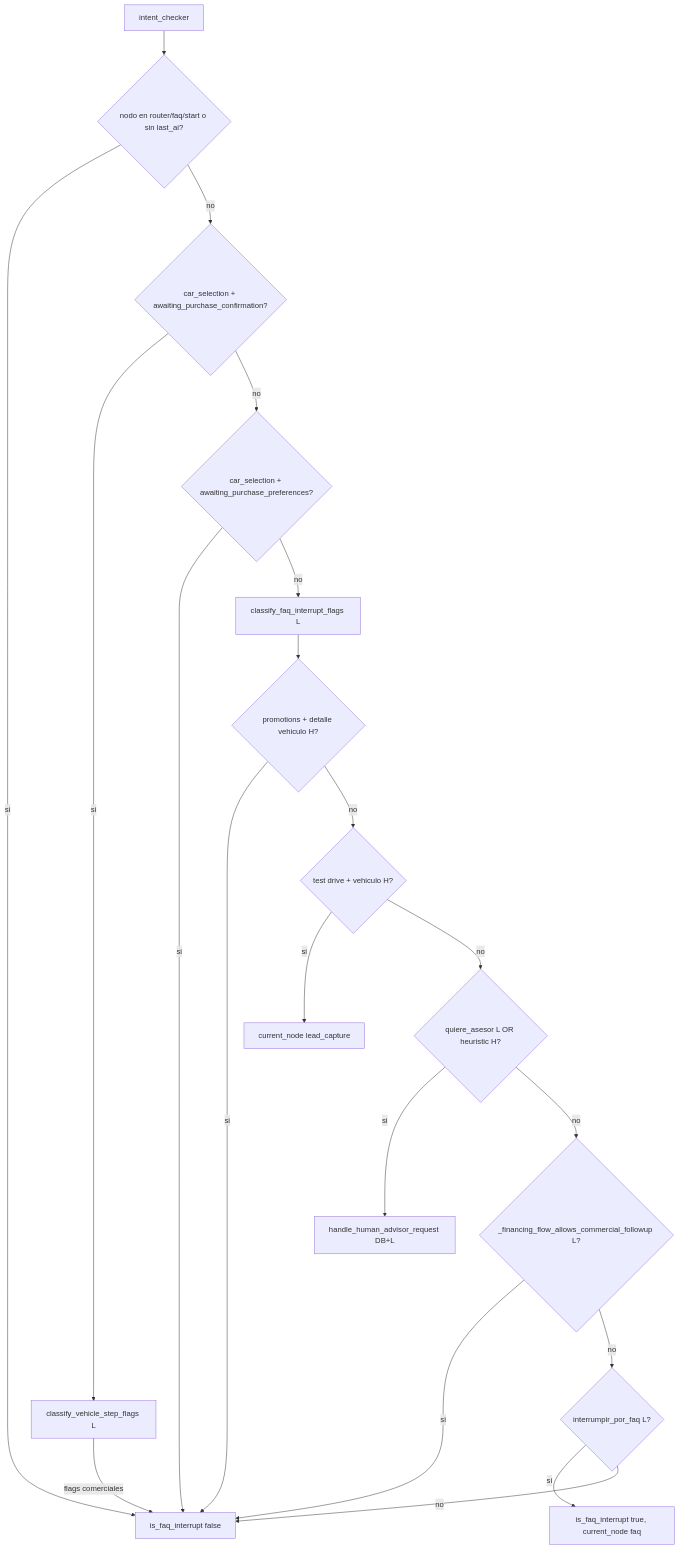
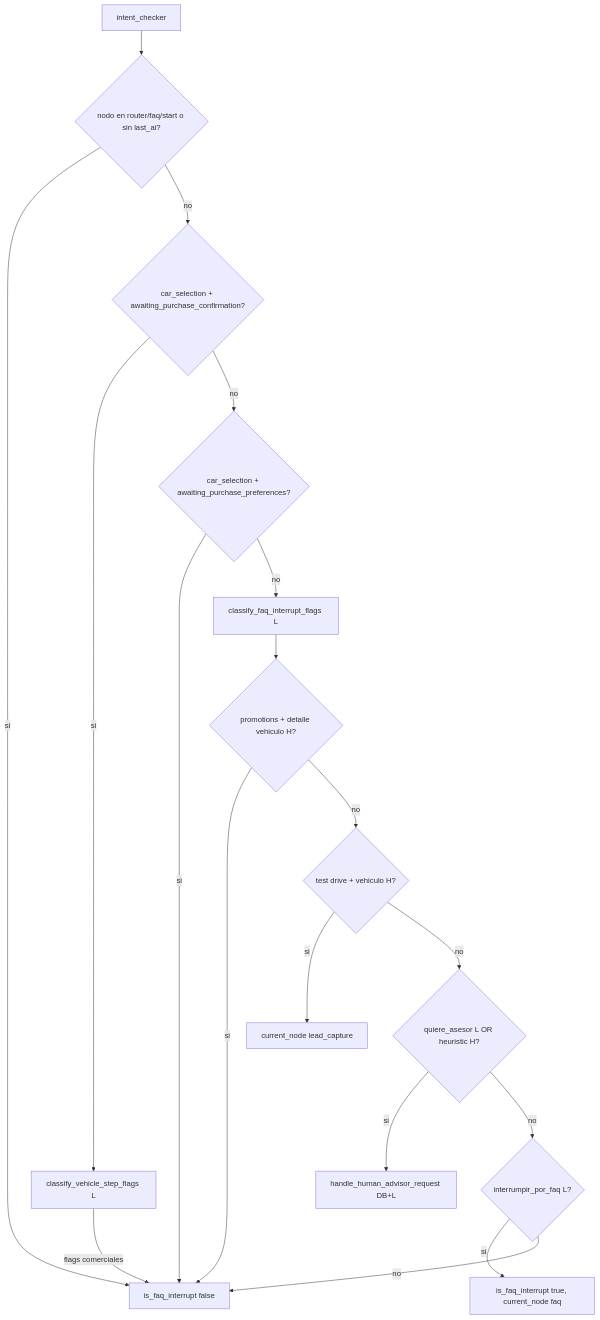
Before and after one commit to JoseManuelGdlO/car-advisor-bot: the fourth of 11 diagrams in bot/docs/flujo-completo.md, drawn with Mermaid. The commit also changed other lines of this file and 24 other files, not shown here.

````diff
--- a/bot/docs/flujo-completo.md
+++ b/bot/docs/flujo-completo.md
@@ -145,22 +145,20 @@
 ```mermaid
 flowchart TD
     entry[intent_checker] --> earlyExit{nodo en router/faq/start o sin last_ai?}
     earlyExit -->|si| noInterrupt[is_faq_interrupt false]
     earlyExit -->|no| purchaseConfirm{car_selection + awaiting_purchase_confirmation?}
     purchaseConfirm -->|si| vehicleFlags["classify_vehicle_step_flags L"]
     vehicleFlags -->|flags comerciales| noInterrupt
     purchaseConfirm -->|no| purchasePrefs{car_selection + awaiting_purchase_preferences?}
     purchasePrefs -->|si| noInterrupt
     purchasePrefs -->|no| faqFlags["classify_faq_interrupt_flags L"]
     faqFlags --> promoOverride{promotions + detalle vehiculo H?}
     promoOverride -->|si| noInterrupt
     promoOverride -->|no| scheduling{test drive + vehiculo H?}
     scheduling -->|si| leadCapture[current_node lead_capture]
     scheduling -->|no| humanAdvisor{quiere_asesor L OR heuristic H?}
     humanAdvisor -->|si| handleAdvisor["handle_human_advisor_request DB+L"]
-    humanAdvisor -->|no| financingNav{_financing_flow_allows_commercial_followup L?}
-    financingNav -->|si| noInterrupt
-    financingNav -->|no| faqDecision{interrumpir_por_faq L?}
+    humanAdvisor -->|no| faqDecision{interrumpir_por_faq L?}
     faqDecision -->|si| faqInterrupt["is_faq_interrupt true, current_node faq"]
     faqDecision -->|no| noInterrupt
 ```
````
